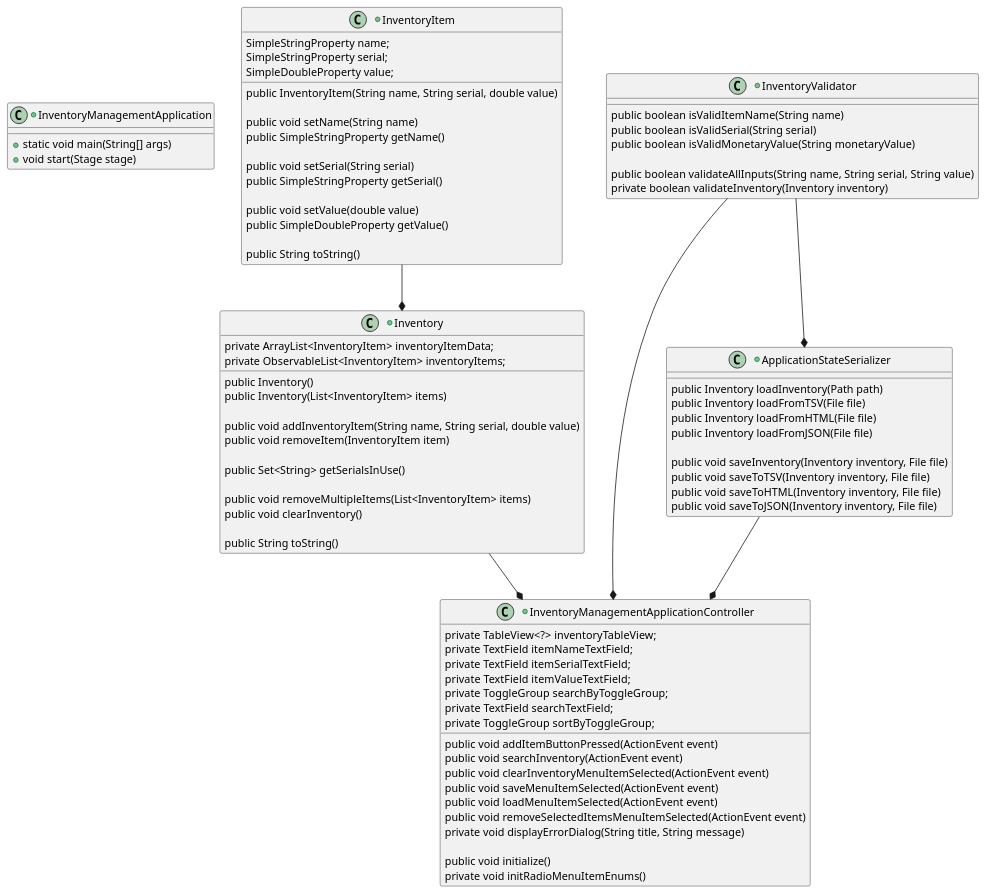
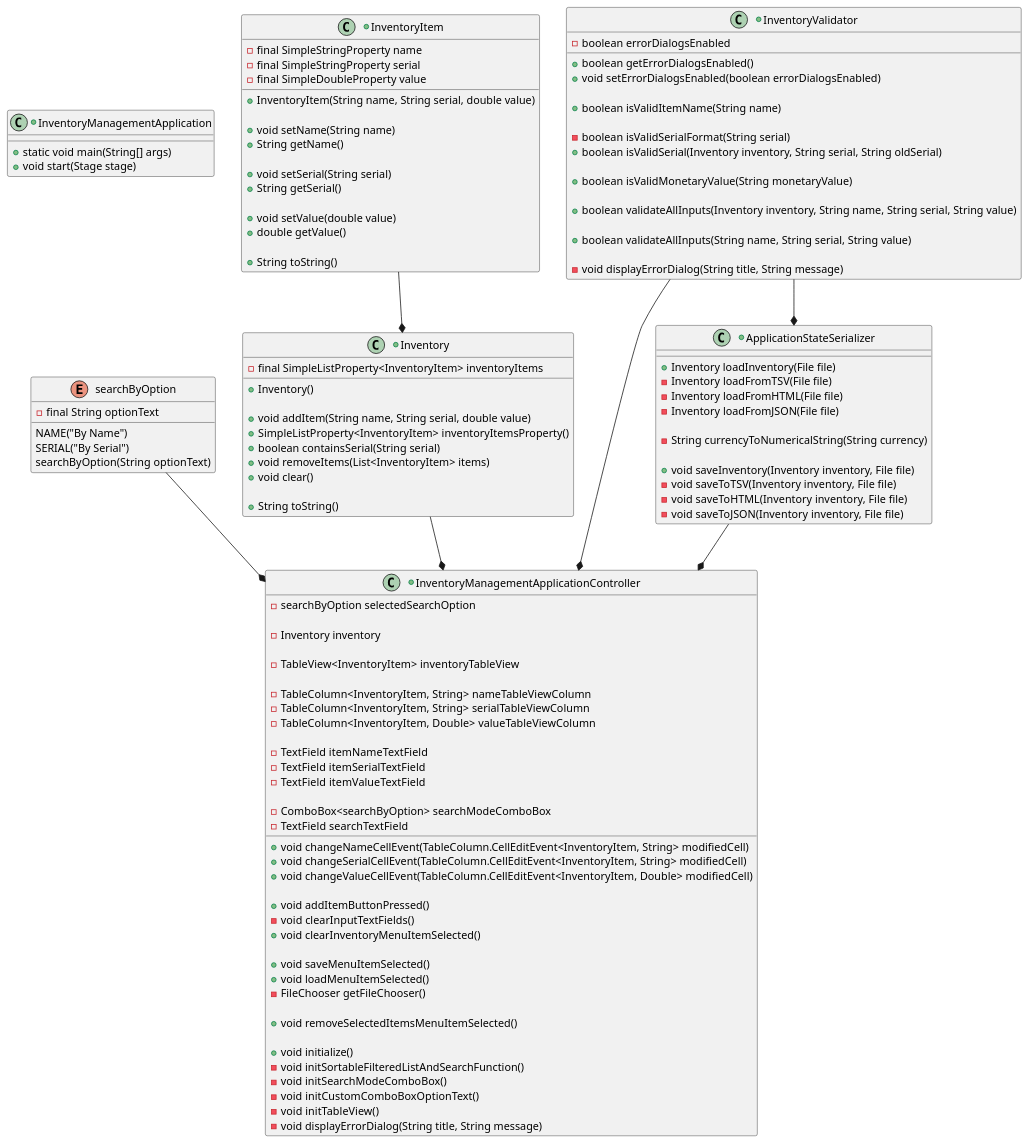
The diagram in GraphicalInventoryManager/docs/class_diagram.puml (ethandrzb/thomas-app2), drawn with PlantUML before and after one commit.

Commit message:
Updated class diagram

```diff
--- a/GraphicalInventoryManager/docs/class_diagram.puml
+++ b/GraphicalInventoryManager/docs/class_diagram.puml
@@ -1,100 +1,139 @@
 @startuml
 'https://plantuml.com/class-diagram
 
 +class InventoryManagementApplication
 {
     +static void main(String[] args)
     +void start(Stage stage)
 }
 
 +class InventoryManagementApplicationController
 {
-    private TableView<?> inventoryTableView;
-    private TextField itemNameTextField;
-    private TextField itemSerialTextField;
-    private TextField itemValueTextField;
-    private ToggleGroup searchByToggleGroup;
-    private TextField searchTextField;
-    private ToggleGroup sortByToggleGroup;
+    -searchByOption selectedSearchOption
+    
+    -Inventory inventory
 
-    public void addItemButtonPressed(ActionEvent event)
-    public void searchInventory(ActionEvent event)
-    public void clearInventoryMenuItemSelected(ActionEvent event)
-    public void saveMenuItemSelected(ActionEvent event)
-    public void loadMenuItemSelected(ActionEvent event)
-    public void removeSelectedItemsMenuItemSelected(ActionEvent event)
-    private void displayErrorDialog(String title, String message)
+    -TableView<InventoryItem> inventoryTableView
 
-    public void initialize()
-    private void initRadioMenuItemEnums()
+    -TableColumn<InventoryItem, String> nameTableViewColumn
+    -TableColumn<InventoryItem, String> serialTableViewColumn
+    -TableColumn<InventoryItem, Double> valueTableViewColumn
+
+    -TextField itemNameTextField
+    -TextField itemSerialTextField
+    -TextField itemValueTextField
+
+    -ComboBox<searchByOption> searchModeComboBox
+    -TextField searchTextField
+
+    +void changeNameCellEvent(TableColumn.CellEditEvent<InventoryItem, String> modifiedCell)
+    +void changeSerialCellEvent(TableColumn.CellEditEvent<InventoryItem, String> modifiedCell)
+    +void changeValueCellEvent(TableColumn.CellEditEvent<InventoryItem, Double> modifiedCell)
+
+    +void addItemButtonPressed()
+    -void clearInputTextFields()
+    +void clearInventoryMenuItemSelected()
+
+    +void saveMenuItemSelected()
+    +void loadMenuItemSelected()
+    -FileChooser getFileChooser()
+
+    +void removeSelectedItemsMenuItemSelected()
+
+    +void initialize()
+    -void initSortableFilteredListAndSearchFunction()
+    -void initSearchModeComboBox()
+    -void initCustomComboBoxOptionText()
+    -void initTableView()
+    -void displayErrorDialog(String title, String message)
+}
+
+enum searchByOption
+{
+    NAME("By Name")
+    SERIAL("By Serial")
+    
+    -final String optionText
+    
+    searchByOption(String optionText)
 }
 
 +class InventoryItem
 {
-    SimpleStringProperty name;
-    SimpleStringProperty serial;
-    SimpleDoubleProperty value;
+    -final SimpleStringProperty name
+    -final SimpleStringProperty serial
+    -final SimpleDoubleProperty value
 
-    public InventoryItem(String name, String serial, double value)
+    +InventoryItem(String name, String serial, double value)
 
-    public void setName(String name)
-    public SimpleStringProperty getName()
+    +void setName(String name)
+    +String getName()
 
-    public void setSerial(String serial)
-    public SimpleStringProperty getSerial()
+    +void setSerial(String serial)
+    +String getSerial()
 
-    public void setValue(double value)
-    public SimpleDoubleProperty getValue()
+    +void setValue(double value)
+    +double getValue()
 
-    public String toString()
+    +String toString()
 }
 
 +class Inventory
 {
-    private ArrayList<InventoryItem> inventoryItemData;
-    private ObservableList<InventoryItem> inventoryItems;
+    -final SimpleListProperty<InventoryItem> inventoryItems
 
-    public Inventory()
-    public Inventory(List<InventoryItem> items)
+    +Inventory()
 
-    public void addInventoryItem(String name, String serial, double value)
-    public void removeItem(InventoryItem item)
+    +void addItem(String name, String serial, double value)
+    +SimpleListProperty<InventoryItem> inventoryItemsProperty()
+    +boolean containsSerial(String serial)
+    +void removeItems(List<InventoryItem> items)
+    +void clear()
 
-    public Set<String> getSerialsInUse()
-
-    public void removeMultipleItems(List<InventoryItem> items)
-    public void clearInventory()
-
-    public String toString()
+    +String toString()
 }
 
 +class ApplicationStateSerializer
 {
-    public Inventory loadInventory(Path path)
-    public Inventory loadFromTSV(File file)
-    public Inventory loadFromHTML(File file)
-    public Inventory loadFromJSON(File file)
+    +Inventory loadInventory(File file)
+    -Inventory loadFromTSV(File file)
+    -Inventory loadFromHTML(File file)
+    -Inventory loadFromJSON(File file)
+    
+    -String currencyToNumericalString(String currency)
 
-    public void saveInventory(Inventory inventory, File file)
-    public void saveToTSV(Inventory inventory, File file)
-    public void saveToHTML(Inventory inventory, File file)
-    public void saveToJSON(Inventory inventory, File file)
+    +void saveInventory(Inventory inventory, File file)
+    -void saveToTSV(Inventory inventory, File file)
+    -void saveToHTML(Inventory inventory, File file)
+    -void saveToJSON(Inventory inventory, File file)
 }
 
 +class InventoryValidator
 {
-    public boolean isValidItemName(String name)
-    public boolean isValidSerial(String serial)
-    public boolean isValidMonetaryValue(String monetaryValue)
+    -boolean errorDialogsEnabled
 
-    public boolean validateAllInputs(String name, String serial, String value)
-    private boolean validateInventory(Inventory inventory)
+    +boolean getErrorDialogsEnabled()
+    +void setErrorDialogsEnabled(boolean errorDialogsEnabled)
+
+    +boolean isValidItemName(String name)
+    
+    -boolean isValidSerialFormat(String serial)
+    +boolean isValidSerial(Inventory inventory, String serial, String oldSerial)
+    
+    +boolean isValidMonetaryValue(String monetaryValue)
+    
+    +boolean validateAllInputs(Inventory inventory, String name, String serial, String value)
+
+    +boolean validateAllInputs(String name, String serial, String value)
+    
+    -void displayErrorDialog(String title, String message)
 }
 
 InventoryItem --* Inventory
 Inventory --* InventoryManagementApplicationController
 InventoryValidator --* InventoryManagementApplicationController
+searchByOption --* InventoryManagementApplicationController
 InventoryValidator --* ApplicationStateSerializer
 ApplicationStateSerializer --* InventoryManagementApplicationController
 
 @enduml
```
